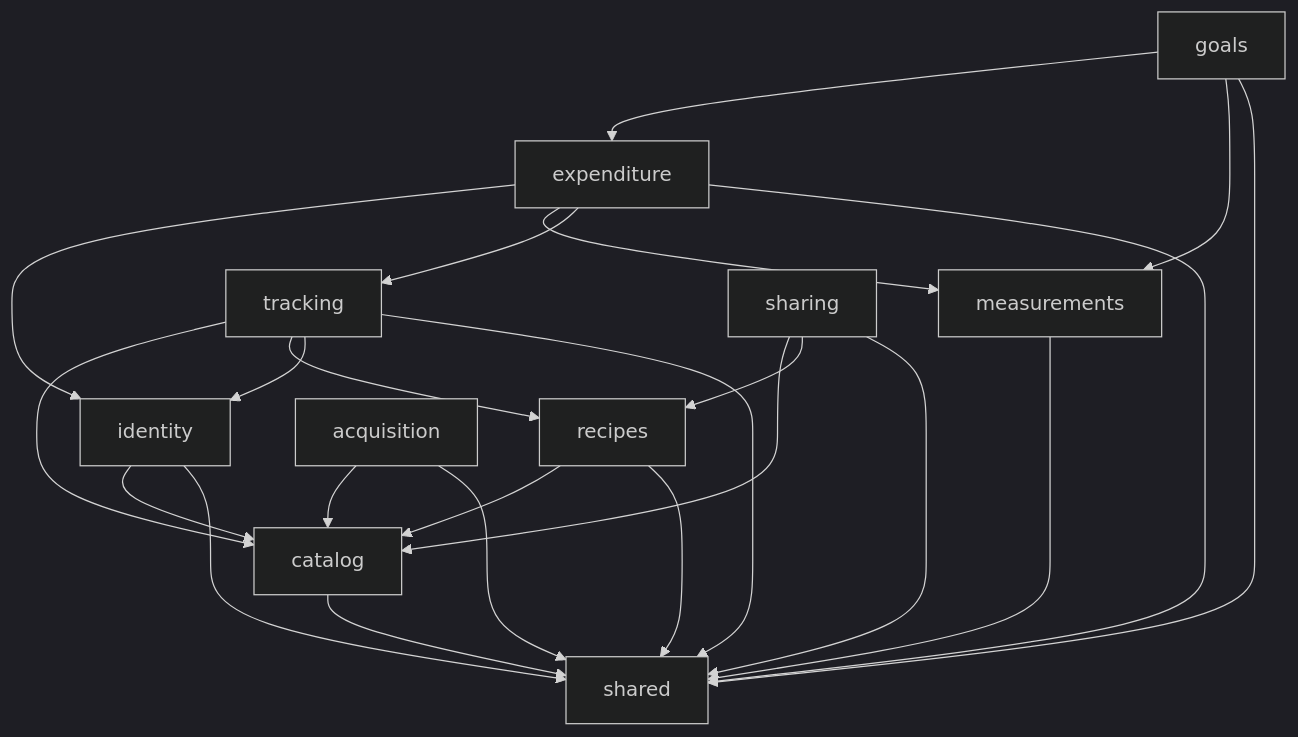
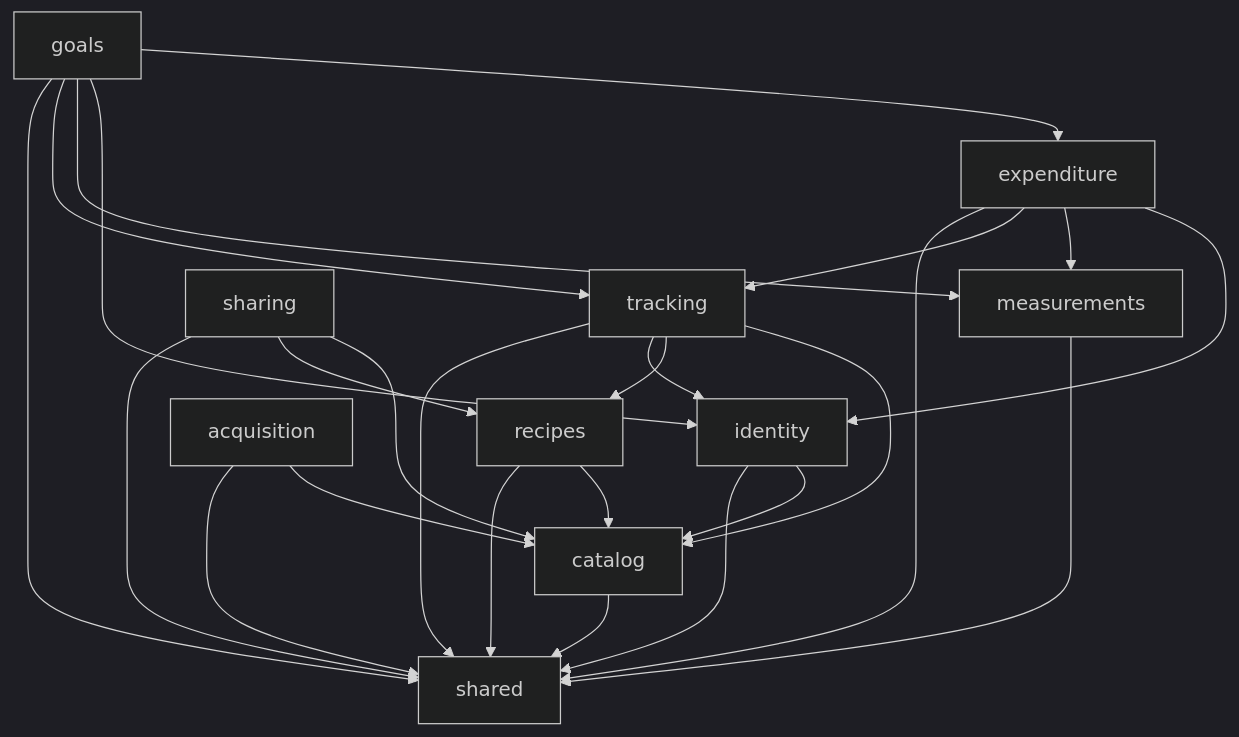
Before and after one commit to gronnmann/MacroSaurus: the second of 4 diagrams in docs/architecture.md, drawn with Mermaid (dark theme). The commit also changed other lines of this file and 41 other files, not shown here.

````diff
--- a/docs/architecture.md
+++ b/docs/architecture.md
@@ -40,26 +40,28 @@
 ```mermaid
 flowchart TD
     shared
     catalog --> shared
     identity --> catalog
     identity --> shared
     recipes --> catalog
     recipes --> shared
     tracking --> catalog
     tracking --> recipes
     tracking --> identity
     tracking --> shared
     measurements --> shared
     expenditure --> identity
     expenditure --> measurements
     expenditure --> tracking
     expenditure --> shared
     goals --> expenditure
+    goals --> identity
     goals --> measurements
+    goals --> tracking
     goals --> shared
     acquisition --> catalog
     acquisition --> shared
     sharing --> catalog
     sharing --> recipes
     sharing --> shared
 ```
````
